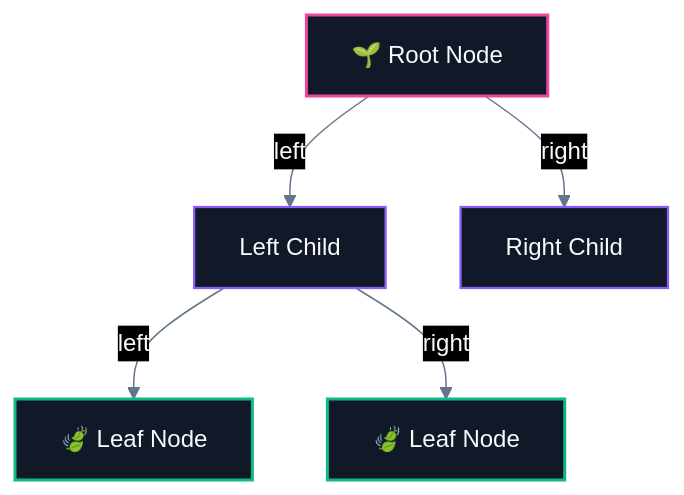
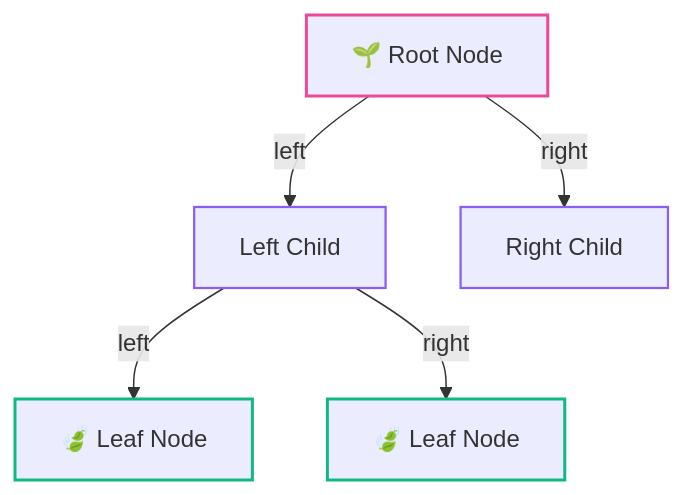
One commit to abhinavbharti2345/CS_Notes changed the eighth of 8 diagrams in CS/DSA/07. Trees & BSTs/01. Binary Tree Fundamentals.md. Above: the diagram before and after it, drawn with Mermaid. The commit also changed other lines of this file and 91 other files, not shown here.

````diff
--- a/CS/DSA/07. Trees & BSTs/01. Binary Tree Fundamentals.md
+++ b/CS/DSA/07. Trees & BSTs/01. Binary Tree Fundamentals.md
@@ -416,21 +408,20 @@
 ```mermaid
-%%{init: {'theme': 'base', 'themeVariables': { 'darkMode': true, 'background': '#0B0F14', 'mainBkg': '#111827', 'primaryColor': '#111827', 'primaryTextColor': '#F8FAFC', 'primaryBorderColor': '#38BDF8', 'lineColor': '#64748B', 'secondaryColor': '#0B0F14', 'tertiaryColor': '#0B0F14', 'clusterBkg': '#0B0F14', 'clusterBorder': '#38BDF8' }}}%%
 flowchart TD
     R["🌱 Root Node"]
     LC["Left Child"]
     RC["Right Child"]
     LL["🍃 Leaf Node"]
     LR["🍃 Leaf Node"]
 
     R -->|left| LC
     R -->|right| RC
     LC -->|left| LL
     LC -->|right| LR
 
-    classDef rootStyle fill:#111827,stroke:#ec4899,stroke-width:2px,color:#F8FAFC;
-    classDef nodeStyle fill:#111827,stroke:#8b5cf6,stroke-width:1.5px,color:#F8FAFC;
-    classDef leafStyle fill:#111827,stroke:#10b981,stroke-width:2px,color:#F8FAFC;
+    classDef rootStyle stroke:#ec4899,stroke-width:2px;
+    classDef nodeStyle stroke:#8b5cf6,stroke-width:1.5px;
+    classDef leafStyle stroke:#10b981,stroke-width:2px;
     class R rootStyle;
     class LC,RC nodeStyle;
     class LL,LR leafStyle;
 ```
````
